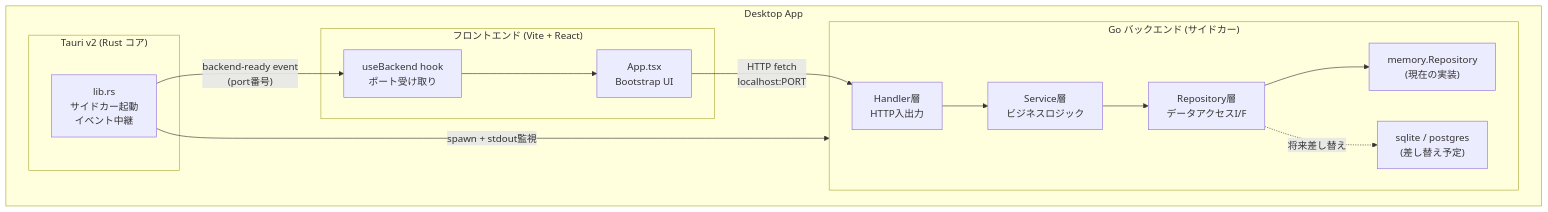
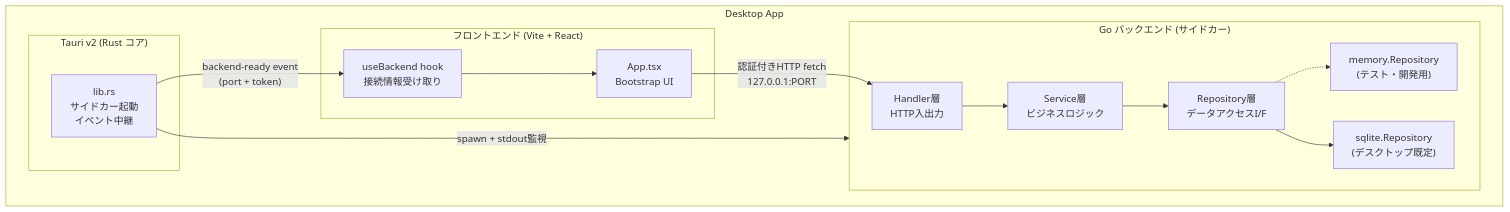
One commit to NOGU-LAB/tauri-app-template changed the first of 4 diagrams in README.md. Above: the diagram before and after it, drawn with Mermaid. The commit also changed other lines of this file and 38 other files, not shown here.

````diff
--- a/README.md
+++ b/README.md
@@ -20,30 +20,30 @@
 ```mermaid
 graph TB
     subgraph Desktop App
         subgraph Tauri["Tauri v2 (Rust コア)"]
             TauriCore["lib.rs\nサイドカー起動\nイベント中継"]
         end
 
         subgraph Frontend["フロントエンド (Vite + React)"]
-            Hook["useBackend hook\nポート受け取り"]
+            Hook["useBackend hook\n接続情報受け取り"]
             UI["App.tsx\nBootstrap UI"]
         end
 
         subgraph GoBackend["Go バックエンド (サイドカー)"]
             Handler["Handler層\nHTTP入出力"]
             Service["Service層\nビジネスロジック"]
             Repository["Repository層\nデータアクセスI/F"]
-            MemRepo["memory.Repository\n(現在の実装)"]
-            DBRepo["sqlite / postgres\n(差し替え予定)"]
+            MemRepo["memory.Repository\n(テスト・開発用)"]
+            DBRepo["sqlite.Repository\n(デスクトップ既定)"]
         end
     end
 
     TauriCore -->|"spawn + stdout監視"| GoBackend
-    TauriCore -->|"backend-ready event\n(port番号)"| Hook
+    TauriCore -->|"backend-ready event\n(port + token)"| Hook
     Hook --> UI
-    UI -->|"HTTP fetch\nlocalhost:PORT"| Handler
+    UI -->|"認証付きHTTP fetch\n127.0.0.1:PORT"| Handler
     Handler --> Service
     Service --> Repository
-    Repository --> MemRepo
-    Repository -.->|"将来差し替え"| DBRepo
+    Repository -.-> MemRepo
+    Repository --> DBRepo
 ```
````
